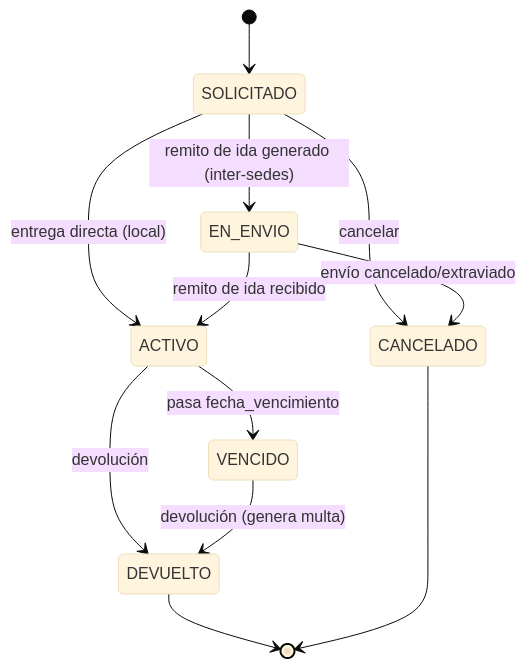
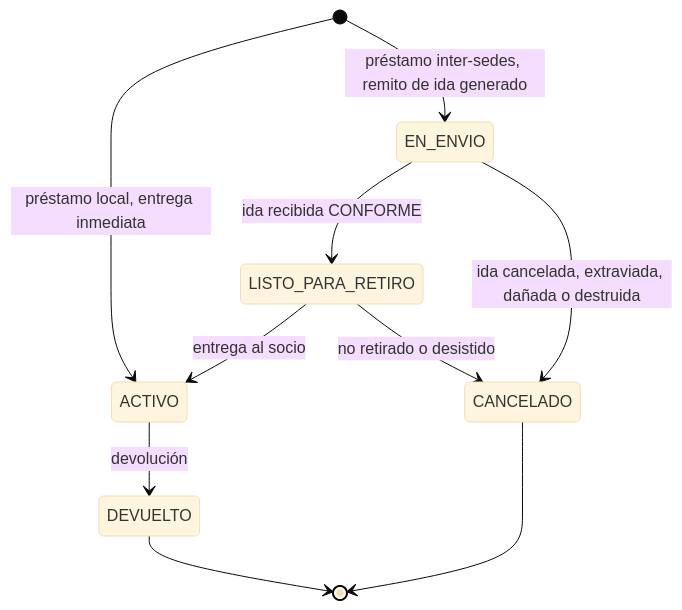
One commit to Maximiliano018/TPI-DAO changed the third of 7 diagrams in ARCHITECTURE.md. Above: the diagram before and after it, drawn with Mermaid (base theme). The commit also changed other lines of this file and 3 other files, not shown here.

````diff
--- a/ARCHITECTURE.md
+++ b/ARCHITECTURE.md
@@ -266,14 +400,12 @@
 ```mermaid
 stateDiagram-v2
-    [*] --> SOLICITADO
-    SOLICITADO --> EN_ENVIO: remito de ida generado (inter-sedes)
-    SOLICITADO --> ACTIVO: entrega directa (local)
-    SOLICITADO --> CANCELADO: cancelar
-    EN_ENVIO --> ACTIVO: remito de ida recibido
-    EN_ENVIO --> CANCELADO: envío cancelado/extraviado
-    ACTIVO --> VENCIDO: pasa fecha_vencimiento
+    [*] --> ACTIVO: préstamo local, entrega inmediata
+    [*] --> EN_ENVIO: préstamo inter-sedes, remito de ida generado
+    EN_ENVIO --> LISTO_PARA_RETIRO: ida recibida CONFORME
+    EN_ENVIO --> CANCELADO: ida cancelada, extraviada, dañada o destruida
+    LISTO_PARA_RETIRO --> ACTIVO: entrega al socio
+    LISTO_PARA_RETIRO --> CANCELADO: no retirado o desistido
     ACTIVO --> DEVUELTO: devolución
-    VENCIDO --> DEVUELTO: devolución (genera multa)
     DEVUELTO --> [*]
     CANCELADO --> [*]
 ```
````
